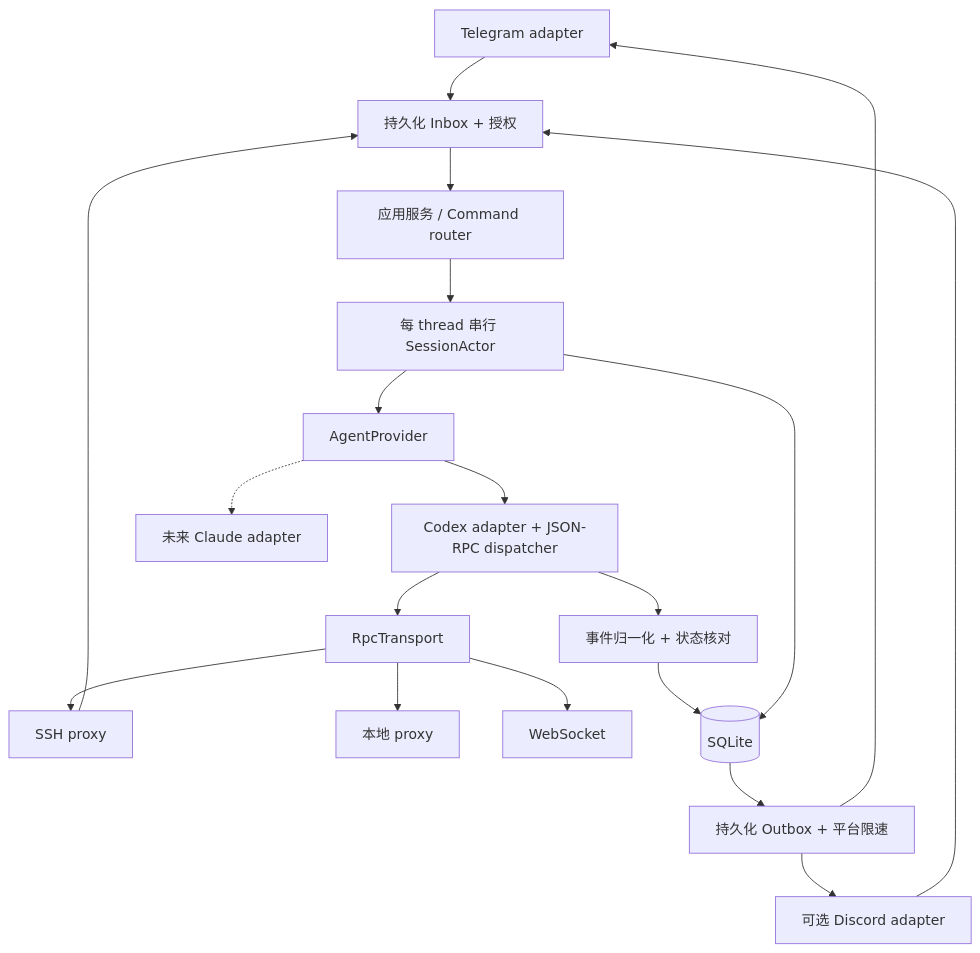
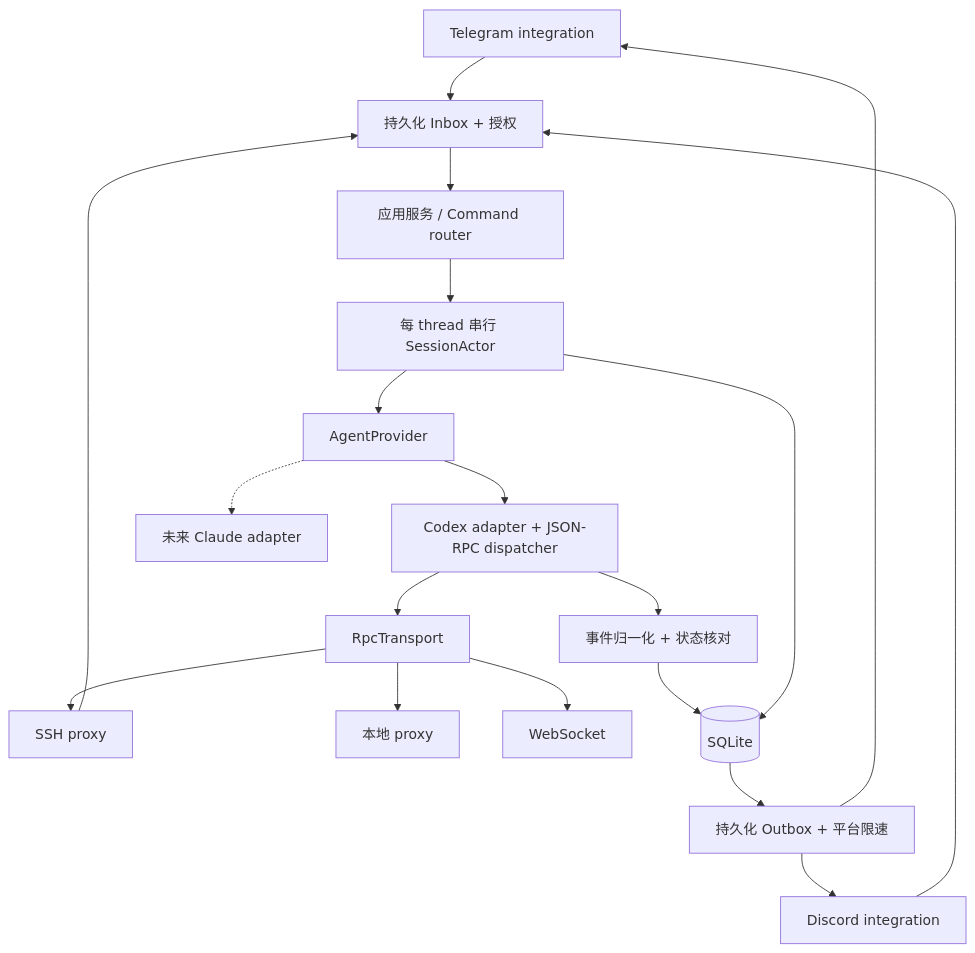
One commit to iondex/PocketPilot changed the first of 2 diagrams in docs/design/architecture.md. Above: the diagram before and after it, drawn with Mermaid. The commit also changed other lines of this file and 17 other files, not shown here.

Commit message:
docs: align architecture and workflows with consolidated crates

````diff
--- a/docs/design/architecture.md
+++ b/docs/design/architecture.md
@@ -49,21 +47,21 @@
 ```mermaid
 flowchart TB
-  T[Telegram adapter] --> I[持久化 Inbox + 授权]
-  D[可选 Discord adapter] --> I
-  S[可选 Slack adapter] --> I
+  T[Telegram integration] --> I[持久化 Inbox + 授权]
+  D[Discord integration] --> I
+  S[Slack integration] --> I
   I --> C[应用服务 / Command router]
   C --> A[每 thread 串行 SessionActor]
   A --> P[AgentProvider]
   P --> X[Codex adapter + JSON-RPC dispatcher]
   P -.-> CL[未来 Claude adapter]
   X --> R[RpcTransport]
   R --> L[本地 proxy]
   R --> S[SSH proxy]
   R --> W[WebSocket]
   X --> E[事件归一化 + 状态核对]
   E --> DB[(SQLite)]
   DB --> O[持久化 Outbox + 平台限速]
   O --> T
   O --> D
   A --> DB
 ```
````
